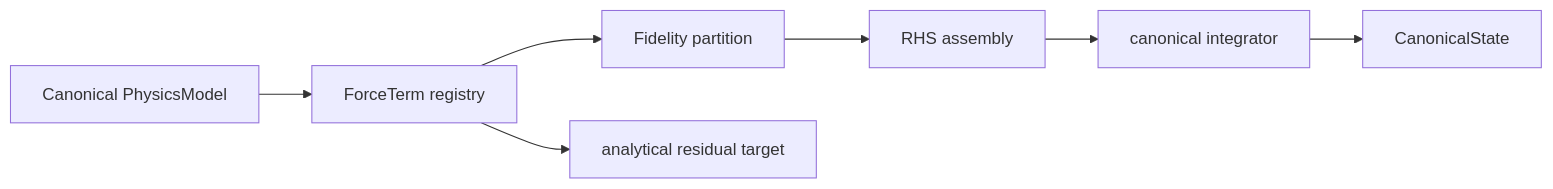
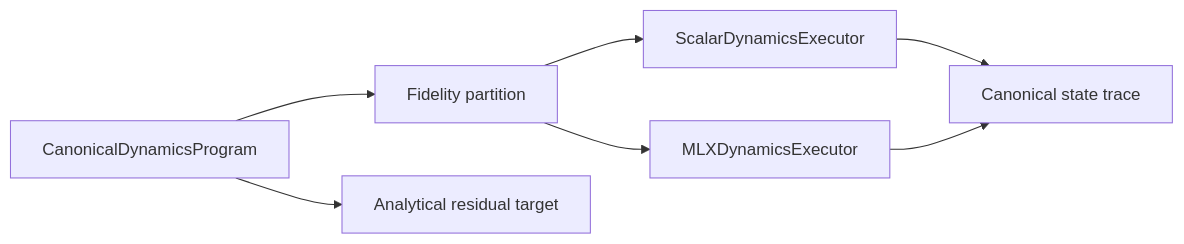
Before and after one commit to 1amageek/kuyu: the diagram in WORLD_SPEC.md, drawn with Mermaid. The commit also changed other lines of this file and 148 other files, not shown here.

````diff
--- a/WORLD_SPEC.md
+++ b/WORLD_SPEC.md
@@ -21,9 +22,9 @@
 ```mermaid
 flowchart LR
-  Model["Canonical PhysicsModel"] --> Registry["ForceTerm registry"]
-  Registry --> Fidelity["Fidelity partition"]
-  Fidelity --> RHS["RHS assembly"]
-  RHS --> Integrator["canonical integrator"]
-  Integrator --> State["CanonicalState"]
-  Registry --> Residual["analytical residual target"]
+  Program["CanonicalDynamicsProgram"] --> Fidelity["Fidelity partition"]
+  Fidelity --> Scalar["ScalarDynamicsExecutor"]
+  Fidelity --> MLX["MLXDynamicsExecutor"]
+  Scalar --> Trace["Canonical state trace"]
+  MLX --> Trace
+  Program --> Residual["Analytical residual target"]
 ```
````
